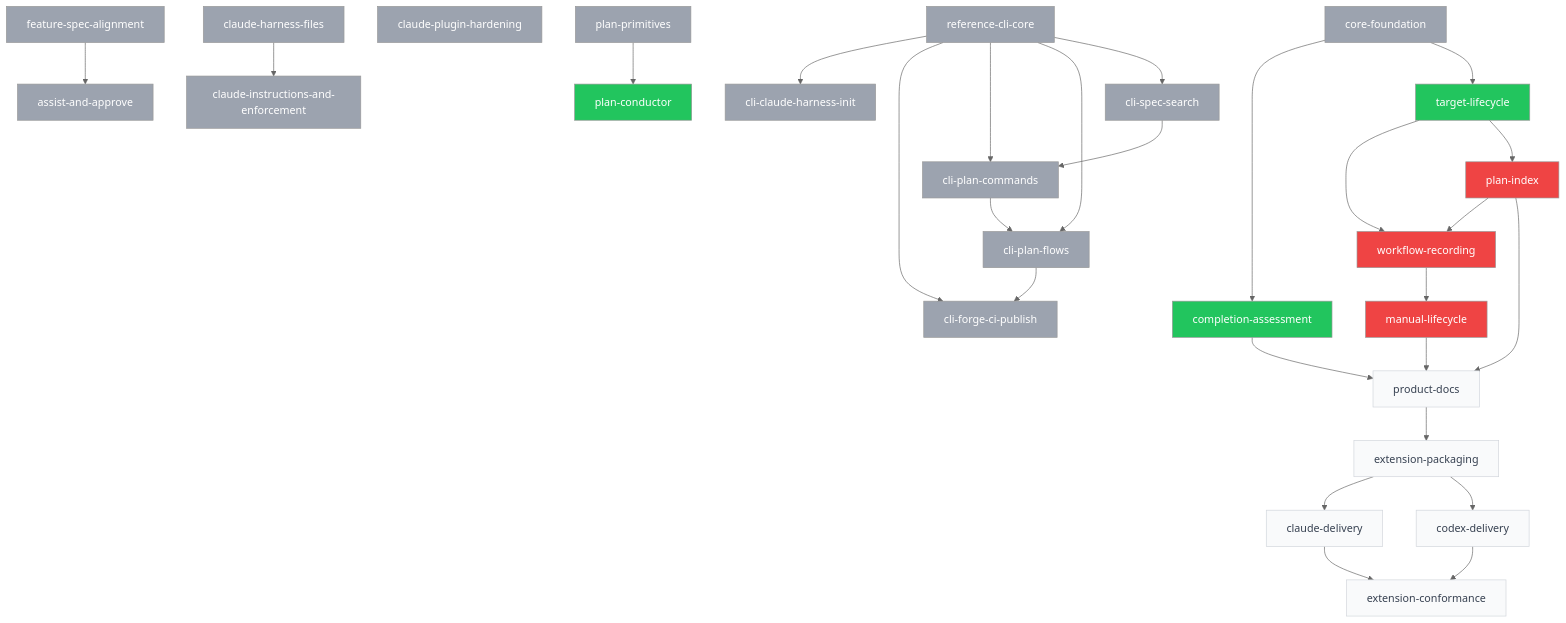
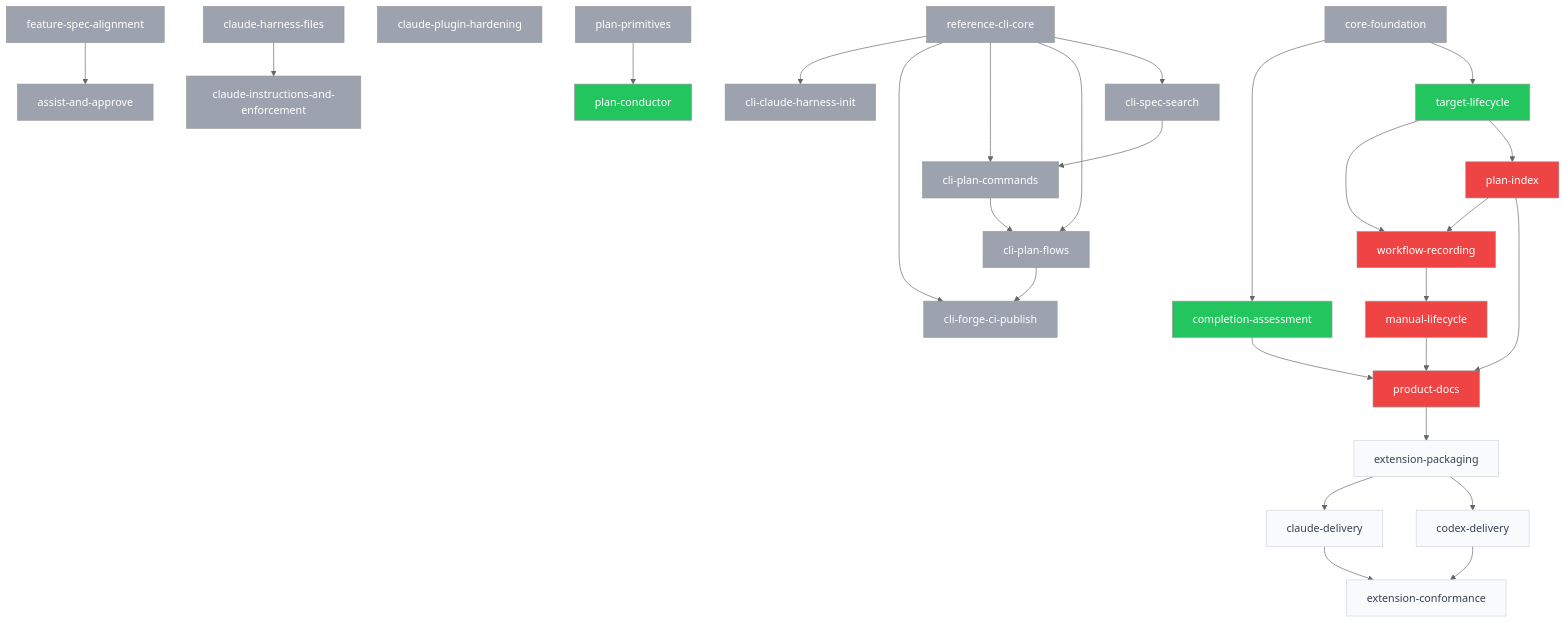
One commit to SpiralSky/specplane changed the diagram in plans/PLANS.md. Above: the diagram before and after it, drawn with Mermaid (neutral theme). The commit also changed other lines of this file and 1 other file, not shown here.

Commit message:
docs(2026-11-02-product-docs): approve plan
Specplane-Workflow: approve
Specplane-Agent: claude-code/claude-opus-5-5
Specplane-Session: 34265f08-4042-4656-a421-be12c7913e61

````diff
--- a/plans/PLANS.md
+++ b/plans/PLANS.md
@@ -41,60 +41,60 @@
 ```mermaid
 graph TD
     p_2026_10_28_reference_cli_core[reference-cli-core]:::done
     p_2026_10_29_assist_and_approve[assist-and-approve]:::done
     p_2026_10_29_claude_harness_files[claude-harness-files]:::done
     p_2026_10_29_claude_instructions_and_enforcement[claude-instructions-and-enforcement]:::done
     p_2026_10_29_claude_plugin_hardening[claude-plugin-hardening]:::done
     p_2026_10_29_cli_claude_harness_init[cli-claude-harness-init]:::done
     p_2026_10_29_cli_forge_ci_publish[cli-forge-ci-publish]:::done
     p_2026_10_29_cli_plan_commands[cli-plan-commands]:::done
     p_2026_10_29_cli_plan_flows[cli-plan-flows]:::done
     p_2026_10_29_cli_spec_search[cli-spec-search]:::done
     p_2026_10_29_feature_spec_alignment[feature-spec-alignment]:::done
     p_2026_10_30_plan_conductor[plan-conductor]:::ready
     p_2026_10_30_plan_primitives[plan-primitives]:::done
     p_2026_11_01_claude_delivery[claude-delivery]:::draft
     p_2026_11_01_codex_delivery[codex-delivery]:::draft
     p_2026_11_01_core_foundation[core-foundation]:::done
     p_2026_11_01_extension_conformance[extension-conformance]:::draft
     p_2026_11_01_extension_packaging[extension-packaging]:::draft
     p_2026_11_01_manual_lifecycle[manual-lifecycle]:::blocked
     p_2026_11_01_workflow_recording[workflow-recording]:::blocked
     p_2026_11_02_completion_assessment[completion-assessment]:::ready
     p_2026_11_02_plan_index[plan-index]:::blocked
-    p_2026_11_02_product_docs[product-docs]:::draft
+    p_2026_11_02_product_docs[product-docs]:::blocked
     p_2026_11_02_target_lifecycle[target-lifecycle]:::ready
     p_2026_10_29_feature_spec_alignment --> p_2026_10_29_assist_and_approve
     p_2026_10_29_claude_harness_files --> p_2026_10_29_claude_instructions_and_enforcement
     p_2026_10_28_reference_cli_core --> p_2026_10_29_cli_claude_harness_init
     p_2026_10_28_reference_cli_core --> p_2026_10_29_cli_forge_ci_publish
     p_2026_10_29_cli_plan_flows --> p_2026_10_29_cli_forge_ci_publish
     p_2026_10_28_reference_cli_core --> p_2026_10_29_cli_plan_commands
     p_2026_10_29_cli_spec_search --> p_2026_10_29_cli_plan_commands
     p_2026_10_28_reference_cli_core --> p_2026_10_29_cli_plan_flows
     p_2026_10_29_cli_plan_commands --> p_2026_10_29_cli_plan_flows
     p_2026_10_28_reference_cli_core --> p_2026_10_29_cli_spec_search
     p_2026_10_30_plan_primitives --> p_2026_10_30_plan_conductor
     p_2026_11_01_extension_packaging --> p_2026_11_01_claude_delivery
     p_2026_11_01_extension_packaging --> p_2026_11_01_codex_delivery
     p_2026_11_01_claude_delivery --> p_2026_11_01_extension_conformance
     p_2026_11_01_codex_delivery --> p_2026_11_01_extension_conformance
     p_2026_11_02_product_docs --> p_2026_11_01_extension_packaging
     p_2026_11_01_workflow_recording --> p_2026_11_01_manual_lifecycle
     p_2026_11_02_plan_index --> p_2026_11_01_workflow_recording
     p_2026_11_02_target_lifecycle --> p_2026_11_01_workflow_recording
     p_2026_11_01_core_foundation --> p_2026_11_02_completion_assessment
     p_2026_11_02_target_lifecycle --> p_2026_11_02_plan_index
     p_2026_11_01_manual_lifecycle --> p_2026_11_02_product_docs
     p_2026_11_02_completion_assessment --> p_2026_11_02_product_docs
     p_2026_11_02_plan_index --> p_2026_11_02_product_docs
     p_2026_11_01_core_foundation --> p_2026_11_02_target_lifecycle
     classDef draft fill:#f9fafb,color:#374151,stroke:#d1d5db
     classDef ready fill:#22c55e,color:#fff
     classDef blocked fill:#ef4444,color:#fff
     classDef in_progress fill:#3b82f6,color:#fff
     classDef review fill:#60a5fa,color:#fff
     classDef done fill:#9ca3af,color:#fff
     classDef abandoned fill:#9ca3af,color:#fff,text-decoration:line-through
     classDef shelved fill:#fef3c7,color:#92400e,stroke:#d97706
 ```
````
